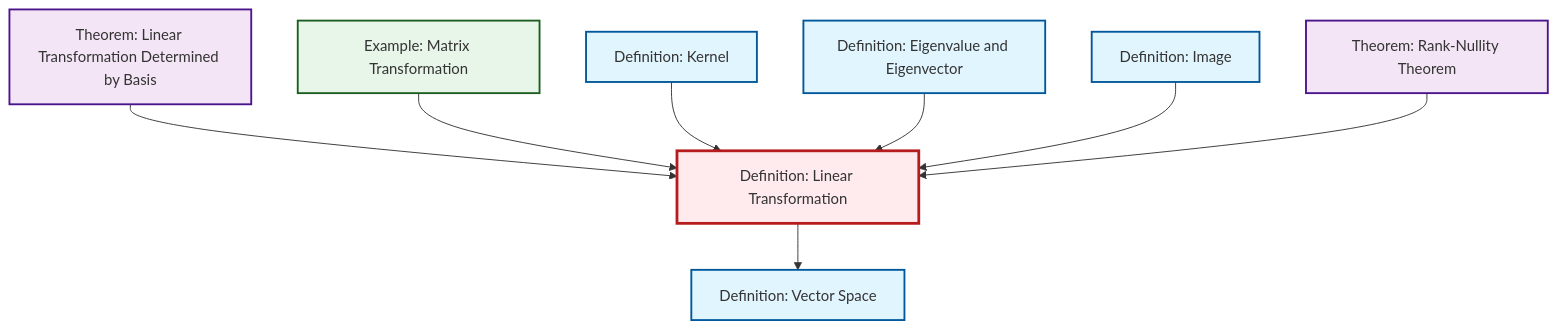
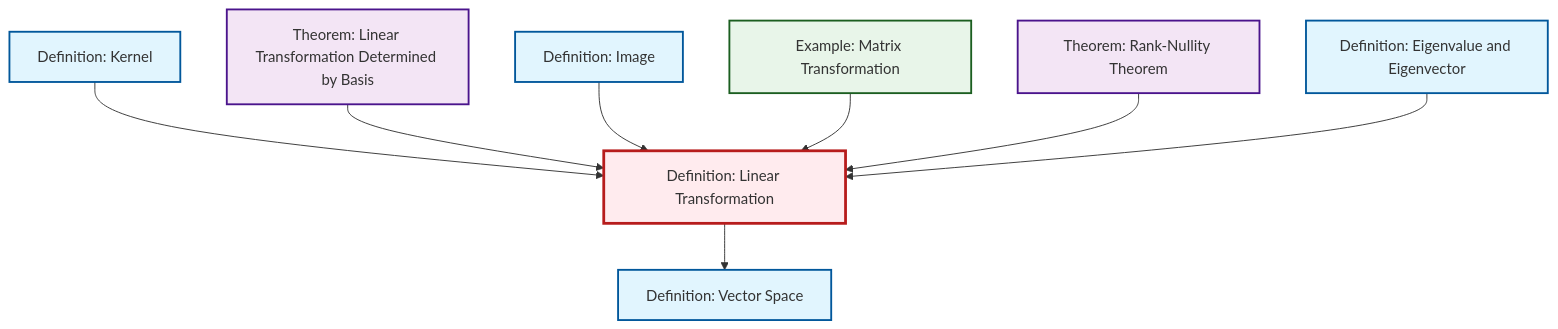
Before and after one commit to RK0429/ModernMath: the diagram in content/ja/algebra/def-linear-transformation.qmd, drawn with Mermaid. The commit also changed other lines of this file and 615 other files, not shown here.

````diff
--- a/content/ja/algebra/def-linear-transformation.qmd
+++ b/content/ja/algebra/def-linear-transformation.qmd
@@ -46,32 +46,32 @@
 ```{mermaid}
 %%| fig-cap: "Local dependency graph"
 graph TD
     classDef definition fill:#e1f5fe,stroke:#01579b,stroke-width:2px
     classDef theorem fill:#f3e5f5,stroke:#4a148c,stroke-width:2px
     classDef axiom fill:#fff3e0,stroke:#e65100,stroke-width:2px
     classDef example fill:#e8f5e9,stroke:#1b5e20,stroke-width:2px
     classDef current fill:#ffebee,stroke:#b71c1c,stroke-width:3px
+    def-linear-transformation["Definition: Linear Transformation"]:::definition
     def-image["Definition: Image"]:::definition
-    def-linear-transformation["Definition: Linear Transformation"]:::definition
+    def-kernel["Definition: Kernel"]:::definition
     thm-linear-transformation-basis["Theorem: Linear Transformation Determined by Basis"]:::theorem
     ex-matrix-transformation["Example: Matrix Transformation"]:::example
-    def-vector-space["Definition: Vector Space"]:::definition
-    def-kernel["Definition: Kernel"]:::definition
     thm-rank-nullity["Theorem: Rank-Nullity Theorem"]:::theorem
     def-eigenvalue-eigenvector["Definition: Eigenvalue and Eigenvector"]:::definition
+    def-vector-space["Definition: Vector Space"]:::definition
+    def-linear-transformation --> def-vector-space
+    def-kernel --> def-linear-transformation
     thm-linear-transformation-basis --> def-linear-transformation
+    def-image --> def-linear-transformation
     ex-matrix-transformation --> def-linear-transformation
-    def-kernel --> def-linear-transformation
+    thm-rank-nullity --> def-linear-transformation
     def-eigenvalue-eigenvector --> def-linear-transformation
-    def-image --> def-linear-transformation
-    def-linear-transformation --> def-vector-space
-    thm-rank-nullity --> def-linear-transformation
     class def-linear-transformation current
     click def-image "def-image.html" "Definition: Imageへ"
+    click def-kernel "def-kernel.html" "Definition: Kernelへ"
     click thm-linear-transformation-basis "thm-linear-transformation-basis.html" "Theorem: Linear Transformation Determined by Basisへ"
     click ex-matrix-transformation "ex-matrix-transformation.html" "Example: Matrix Transformationへ"
-    click def-vector-space "def-vector-space.html" "Definition: Vector Spaceへ"
-    click def-kernel "def-kernel.html" "Definition: Kernelへ"
     click thm-rank-nullity "thm-rank-nullity.html" "Theorem: Rank-Nullity Theoremへ"
     click def-eigenvalue-eigenvector "def-eigenvalue-eigenvector.html" "Definition: Eigenvalue and Eigenvectorへ"
+    click def-vector-space "def-vector-space.html" "Definition: Vector Spaceへ"
 ```
````
